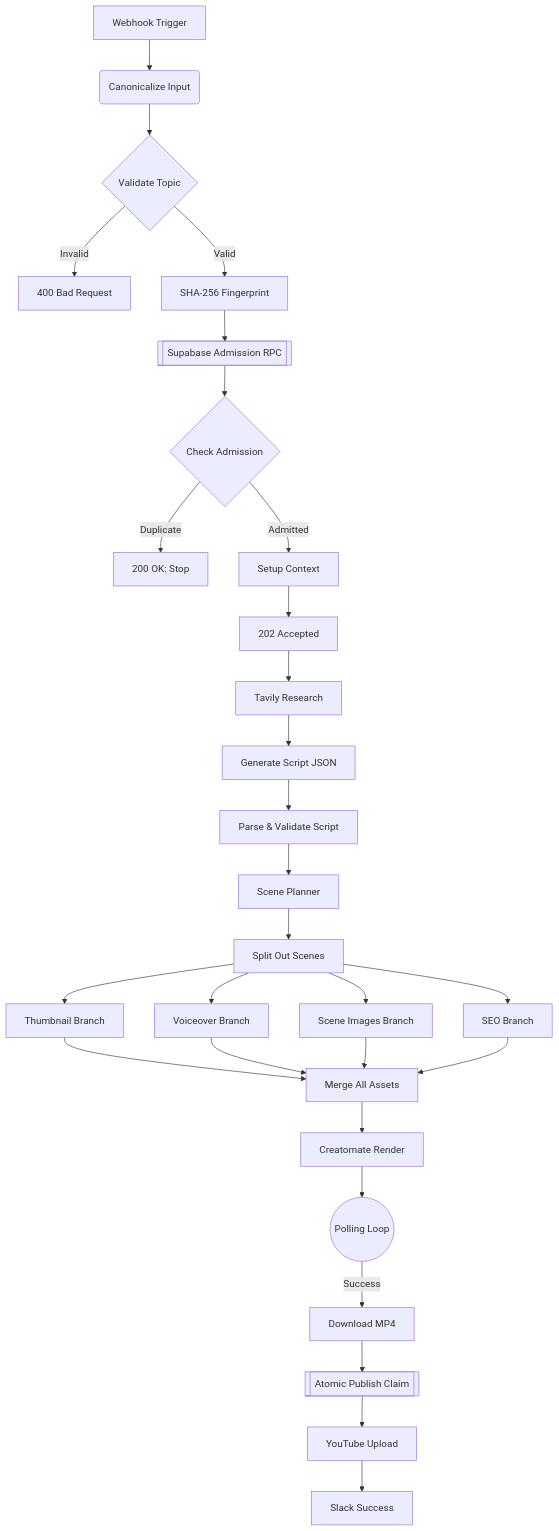
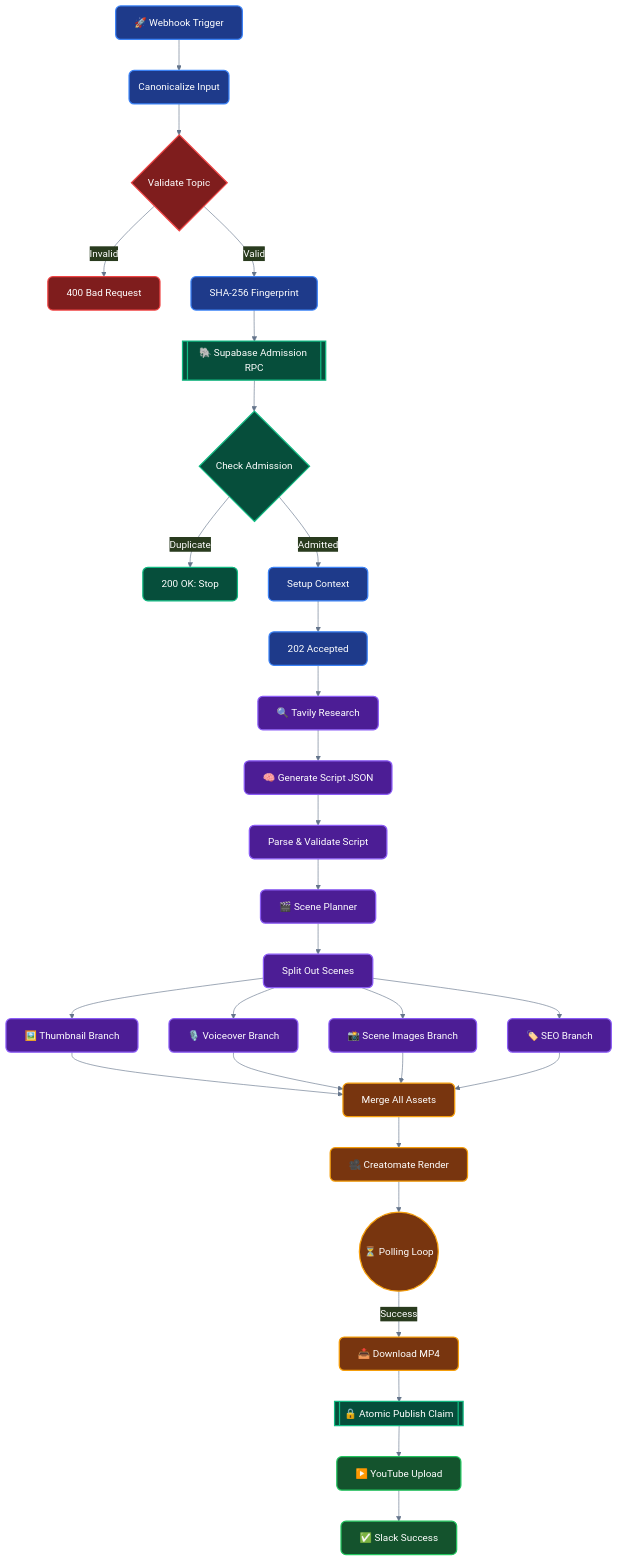
The first of 7 diagrams in README.md (RishvinReddy/Ai-Youtube-Automation), drawn with Mermaid before and after one commit. The commit also changed other lines of this file and 6 other files, not shown here.

````diff
--- a/README.md
+++ b/README.md
@@ -47,35 +47,44 @@
 ```mermaid
 graph TD
-    A[Webhook Trigger] --> B(Canonicalize Input)
-    B --> C{Validate Topic}
-    C -- Invalid --> D[400 Bad Request]
-    C -- Valid --> E[SHA-256 Fingerprint]
-    E --> F[[Supabase Admission RPC]]
-    F --> G{Check Admission}
-    G -- Duplicate --> H[200 OK: Stop]
-    G -- Admitted --> I[Setup Context]
-    I --> J[202 Accepted]
+    %%{init: {'theme': 'base', 'themeVariables': { 'primaryColor': '#1e293b', 'primaryTextColor': '#fff', 'primaryBorderColor': '#3b82f6', 'lineColor': '#64748b' }}}%%
     
-    J --> K[Tavily Research]
-    K --> L[Generate Script JSON]
-    L --> M[Parse & Validate Script]
-    M --> N[Scene Planner]
-    N --> O[Split Out Scenes]
+    classDef trigger fill:#1e3a8a,stroke:#3b82f6,stroke-width:2px,color:#fff,rx:8,ry:8;
+    classDef validate fill:#7f1d1d,stroke:#ef4444,stroke-width:2px,color:#fff,rx:8,ry:8;
+    classDef db fill:#064e3b,stroke:#10b981,stroke-width:2px,color:#fff,rx:8,ry:8;
+    classDef llm fill:#4c1d95,stroke:#8b5cf6,stroke-width:2px,color:#fff,rx:8,ry:8;
+    classDef render fill:#78350f,stroke:#f59e0b,stroke-width:2px,color:#fff,rx:8,ry:8;
+    classDef success fill:#14532d,stroke:#22c55e,stroke-width:2px,color:#fff,rx:8,ry:8;
+
+    A[🚀 Webhook Trigger]:::trigger --> B(Canonicalize Input):::trigger
+    B --> C{Validate Topic}:::validate
+    C -- Invalid --> D[400 Bad Request]:::validate
+    C -- Valid --> E[SHA-256 Fingerprint]:::trigger
+    E --> F[[🐘 Supabase Admission RPC]]:::db
+    F --> G{Check Admission}:::db
+    G -- Duplicate --> H[200 OK: Stop]:::db
+    G -- Admitted --> I[Setup Context]:::trigger
+    I --> J[202 Accepted]:::trigger
     
-    O --> P1[Thumbnail Branch]
-    O --> P2[Voiceover Branch]
-    O --> P3[Scene Images Branch]
-    O --> P4[SEO Branch]
+    J --> K[🔍 Tavily Research]:::llm
+    K --> L[🧠 Generate Script JSON]:::llm
+    L --> M[Parse & Validate Script]:::llm
+    M --> N[🎬 Scene Planner]:::llm
+    N --> O[Split Out Scenes]:::llm
+    
+    O --> P1[🖼️ Thumbnail Branch]:::llm
+    O --> P2[🎙️ Voiceover Branch]:::llm
+    O --> P3[📸 Scene Images Branch]:::llm
+    O --> P4[🏷️ SEO Branch]:::llm
     
     P1 --> Q
     P2 --> Q
     P3 --> Q
-    P4 --> Q[Merge All Assets]
+    P4 --> Q[Merge All Assets]:::render
     
-    Q --> R[Creatomate Render]
-    R --> S((Polling Loop))
-    S -- Success --> T[Download MP4]
-    T --> U[[Atomic Publish Claim]]
-    U --> V[YouTube Upload]
-    V --> W[Slack Success]
+    Q --> R[🎥 Creatomate Render]:::render
+    R --> S((⏳ Polling Loop)):::render
+    S -- Success --> T[📥 Download MP4]:::render
+    T --> U[[🔒 Atomic Publish Claim]]:::db
+    U --> V[▶️ YouTube Upload]:::success
+    V --> W[✅ Slack Success]:::success
 ```
````
